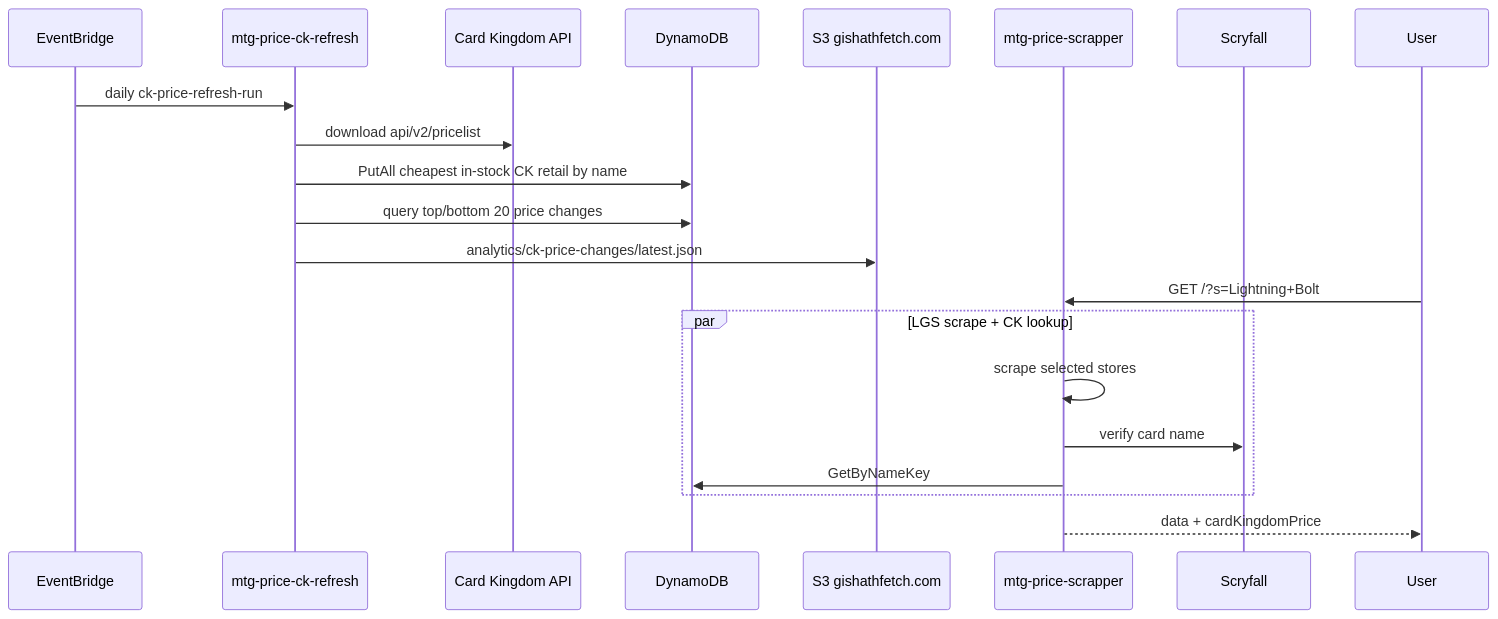
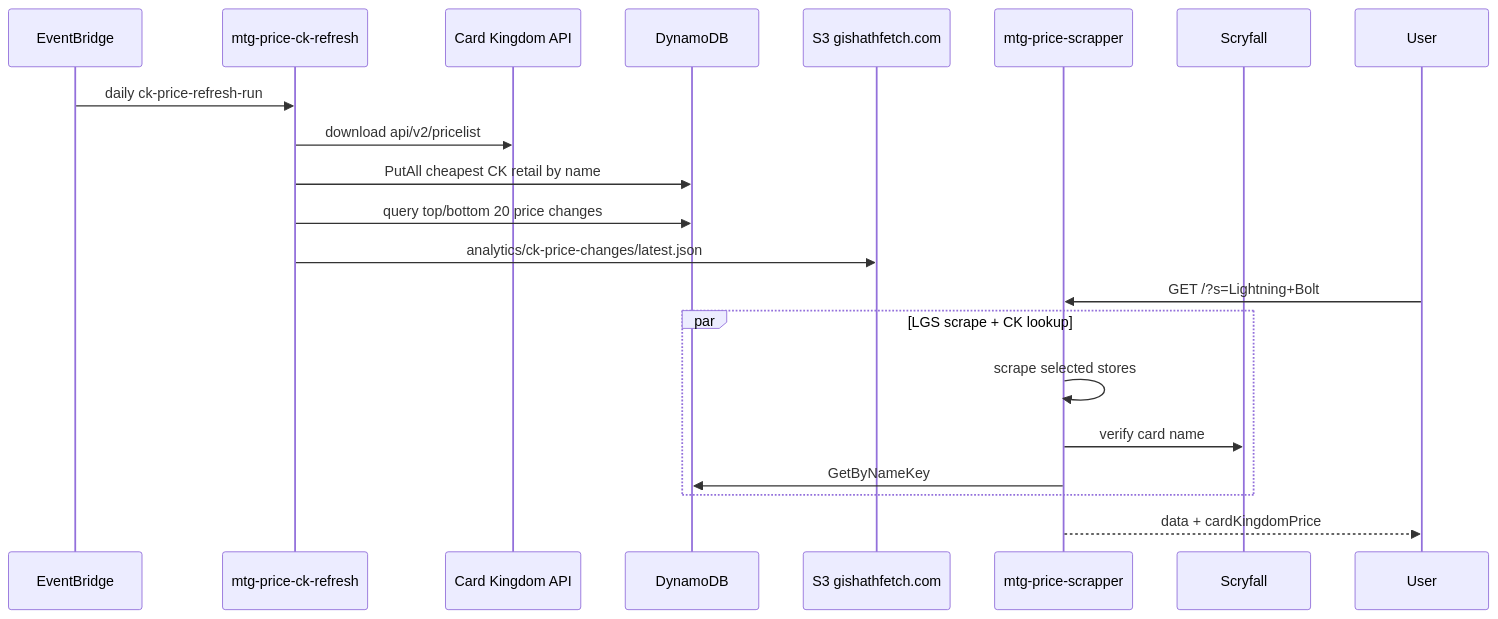
Before and after one commit to xenodus/gishathfetch: the third of 4 diagrams in README.md, drawn with Mermaid. The commit also changed other lines of this file and 3 other files, not shown here.

First line of the commit message:
Include out-of-stock CK listings when indexing cheapest price

````diff
--- a/README.md
+++ b/README.md
@@ -153,24 +153,24 @@
 ```mermaid
 sequenceDiagram
     participant EB as EventBridge
     participant R as mtg-price-ck-refresh
     participant CK as Card Kingdom API
     participant D as DynamoDB
     participant S3 as S3 gishathfetch.com
     participant S as mtg-price-scrapper
     participant SF as Scryfall
     participant U as User
 
     EB->>R: daily ck-price-refresh-run
     R->>CK: download api/v2/pricelist
-    R->>D: PutAll cheapest in-stock CK retail by name
+    R->>D: PutAll cheapest CK retail by name
     R->>D: query top/bottom 20 price changes
     R->>S3: analytics/ck-price-changes/latest.json
     U->>S: GET /?s=Lightning+Bolt
     par LGS scrape + CK lookup
         S->>S: scrape selected stores
         S->>SF: verify card name
         S->>D: GetByNameKey
     end
     S-->>U: data + cardKingdomPrice
 ```
````
